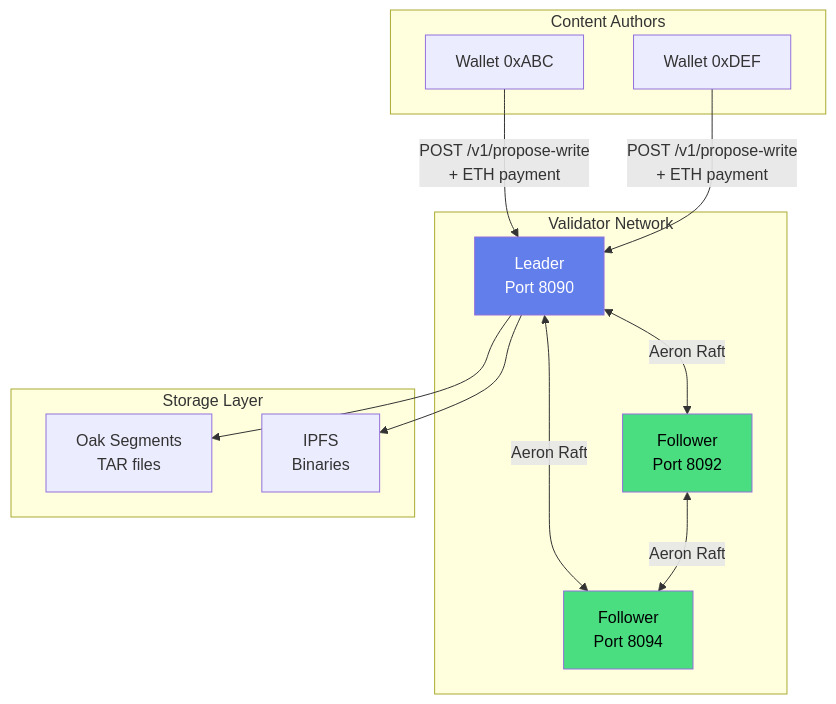
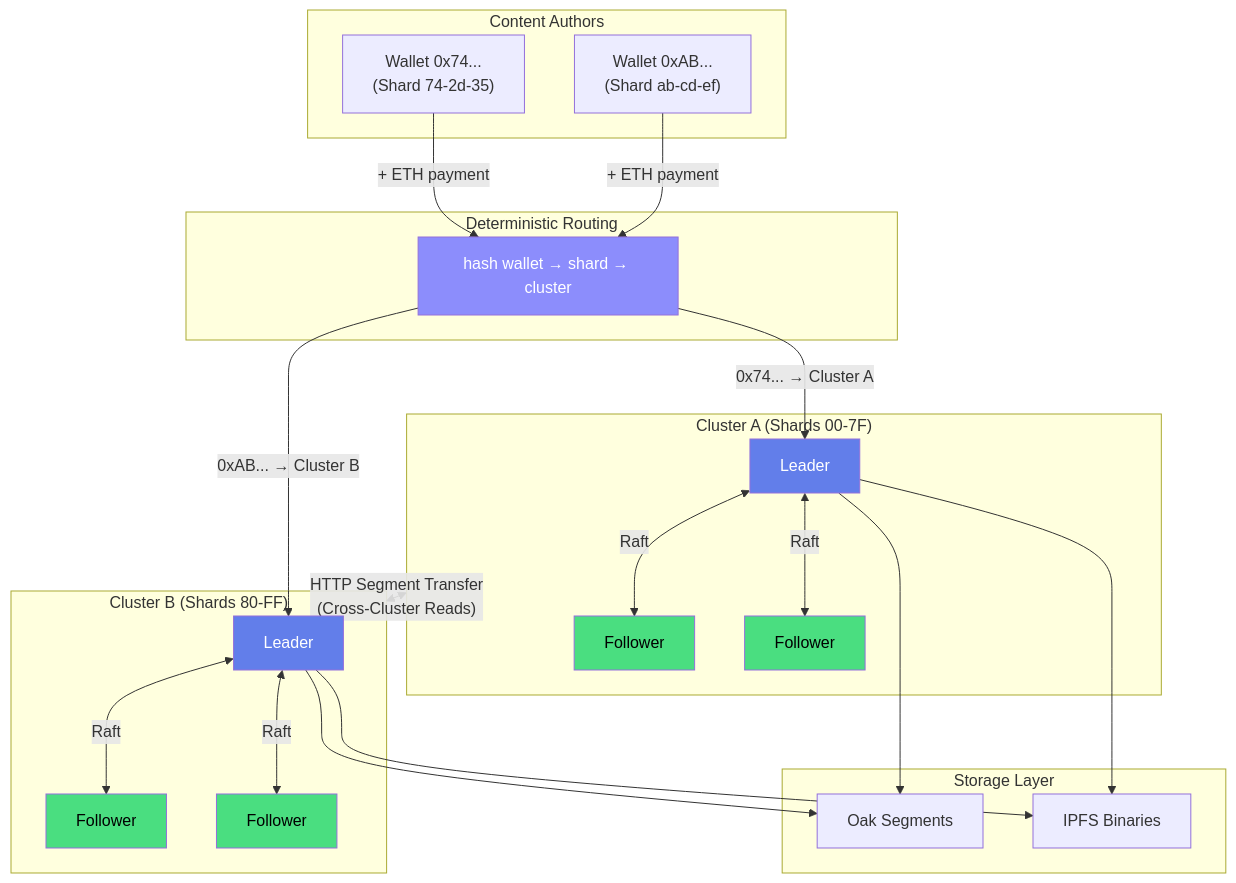
Before and after one commit to somarc/oak-chain-docs: the diagram in index.md, drawn with Mermaid. The commit also changed other lines of this file and 1 other file, not shown here.

Commit message:
fix: Update diagram to show sharded multi-cluster architecture
- Shows deterministic routing: hash(wallet) → shard → cluster
- Two clusters with shard ranges (00-7F, 80-FF)
- Cross-cluster HTTP segment transfer for reads
- Each cluster has its own Raft consensus
- Wallets routed to authoritative cluster

````diff
--- a/index.md
+++ b/index.md
@@ -51,30 +51,52 @@
 ```mermaid
 graph TB
     subgraph Authors["Content Authors"]
-        A1[Wallet 0xABC]
-        A2[Wallet 0xDEF]
+        A1["Wallet 0x74...<br/>(Shard 74-2d-35)"]
+        A2["Wallet 0xAB...<br/>(Shard ab-cd-ef)"]
     end
     
-    subgraph Validators["Validator Network"]
-        V0[Leader<br/>Port 8090]
-        V1[Follower<br/>Port 8092]
-        V2[Follower<br/>Port 8094]
-        V0 <-->|Aeron Raft| V1
-        V0 <-->|Aeron Raft| V2
-        V1 <-->|Aeron Raft| V2
+    subgraph Router["Deterministic Routing"]
+        R[hash wallet → shard → cluster]
+    end
+    
+    subgraph C1["Cluster A (Shards 00-7F)"]
+        L1[Leader]
+        F1a[Follower]
+        F1b[Follower]
+        L1 <-->|Raft| F1a
+        L1 <-->|Raft| F1b
+    end
+    
+    subgraph C2["Cluster B (Shards 80-FF)"]
+        L2[Leader]
+        F2a[Follower]
+        F2b[Follower]
+        L2 <-->|Raft| F2a
+        L2 <-->|Raft| F2b
     end
     
     subgraph Storage["Storage Layer"]
-        OAK[Oak Segments<br/>TAR files]
-        IPFS[IPFS<br/>Binaries]
+        OAK[Oak Segments]
+        IPFS[IPFS Binaries]
     end
     
-    A1 -->|"POST /v1/propose-write<br/>+ ETH payment"| V0
-    A2 -->|"POST /v1/propose-write<br/>+ ETH payment"| V0
-    V0 --> OAK
-    V0 --> IPFS
+    A1 -->|"+ ETH payment"| R
+    A2 -->|"+ ETH payment"| R
+    R -->|"0x74... → Cluster A"| L1
+    R -->|"0xAB... → Cluster B"| L2
     
-    style V0 fill:#627EEA,color:#fff
-    style V1 fill:#4ade80,color:#000
-    style V2 fill:#4ade80,color:#000
+    C1 <-->|"HTTP Segment Transfer<br/>(Cross-Cluster Reads)"| C2
+    
+    L1 --> OAK
+    L2 --> OAK
+    L1 --> IPFS
+    L2 --> IPFS
+    
+    style L1 fill:#627EEA,color:#fff
+    style L2 fill:#627EEA,color:#fff
+    style F1a fill:#4ade80,color:#000
+    style F1b fill:#4ade80,color:#000
+    style F2a fill:#4ade80,color:#000
+    style F2b fill:#4ade80,color:#000
+    style R fill:#8C8DFC,color:#fff
 ```
````
